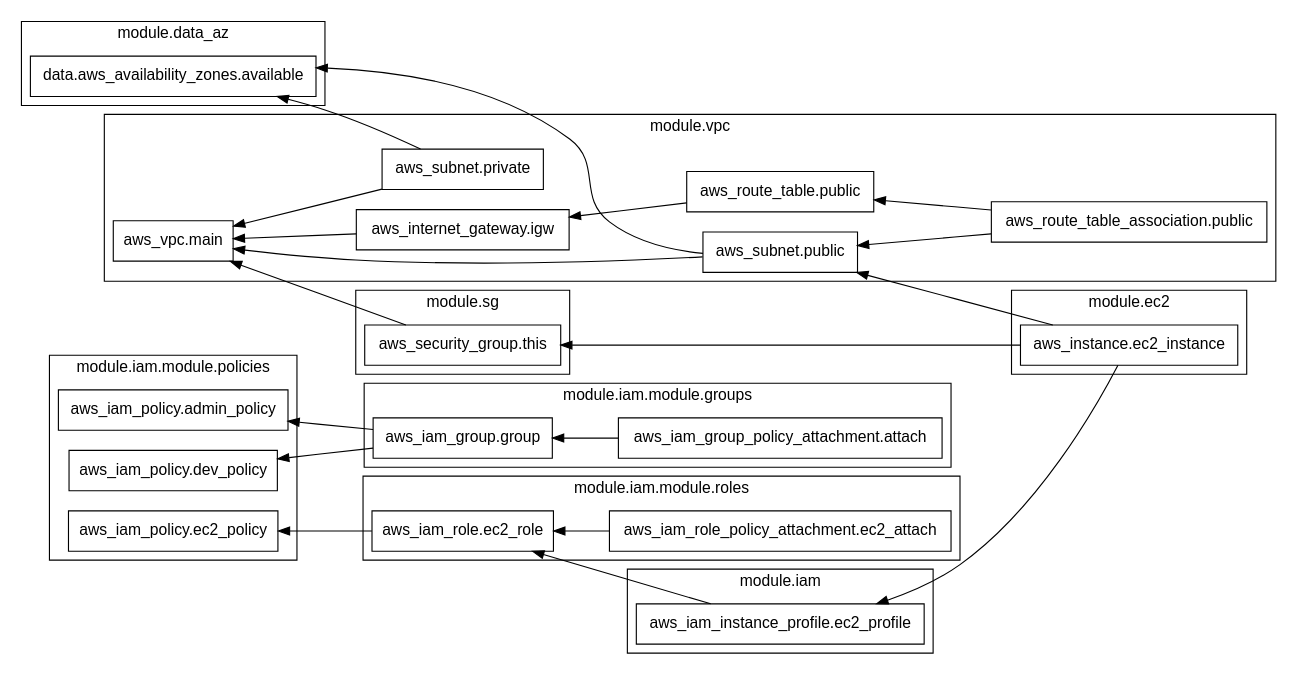
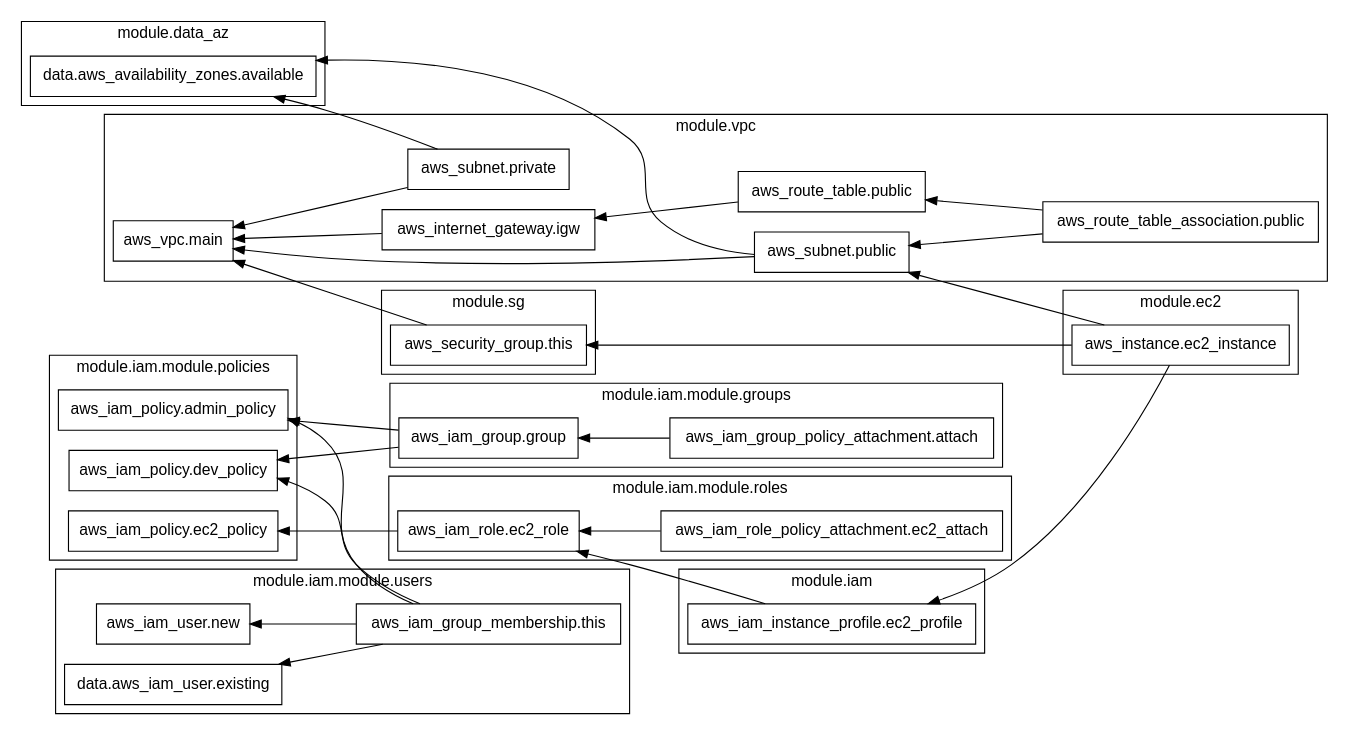
The diagram in graph.dot (umarbkh/terraform-cicd), drawn with Graphviz before and after one commit. The commit also changed 9 other files, not shown here.

Commit message:
adding ima/users sub module

```diff
--- a/graph.dot
+++ b/graph.dot
@@ -1,71 +1,82 @@
 digraph G {
   rankdir = "RL";
   node [shape = rect, fontname = "sans-serif"];
   subgraph "cluster_module.data_az" {
     label = "module.data_az"
     fontname = "sans-serif"
     "module.data_az.data.aws_availability_zones.available" [label="data.aws_availability_zones.available"];
   }
   subgraph "cluster_module.ec2" {
     label = "module.ec2"
     fontname = "sans-serif"
     "module.ec2.aws_instance.ec2_instance" [label="aws_instance.ec2_instance"];
   }
   subgraph "cluster_module.iam" {
     label = "module.iam"
     fontname = "sans-serif"
     "module.iam.aws_iam_instance_profile.ec2_profile" [label="aws_iam_instance_profile.ec2_profile"];
   }
   subgraph "cluster_module.iam.module.groups" {
     label = "module.iam.module.groups"
     fontname = "sans-serif"
     "module.iam.module.groups.aws_iam_group.group" [label="aws_iam_group.group"];
     "module.iam.module.groups.aws_iam_group_policy_attachment.attach" [label="aws_iam_group_policy_attachment.attach"];
   }
   subgraph "cluster_module.iam.module.policies" {
     label = "module.iam.module.policies"
     fontname = "sans-serif"
     "module.iam.module.policies.aws_iam_policy.admin_policy" [label="aws_iam_policy.admin_policy"];
     "module.iam.module.policies.aws_iam_policy.dev_policy" [label="aws_iam_policy.dev_policy"];
     "module.iam.module.policies.aws_iam_policy.ec2_policy" [label="aws_iam_policy.ec2_policy"];
   }
   subgraph "cluster_module.iam.module.roles" {
     label = "module.iam.module.roles"
     fontname = "sans-serif"
     "module.iam.module.roles.aws_iam_role.ec2_role" [label="aws_iam_role.ec2_role"];
     "module.iam.module.roles.aws_iam_role_policy_attachment.ec2_attach" [label="aws_iam_role_policy_attachment.ec2_attach"];
   }
+  subgraph "cluster_module.iam.module.users" {
+    label = "module.iam.module.users"
+    fontname = "sans-serif"
+    "module.iam.module.users.data.aws_iam_user.existing" [label="data.aws_iam_user.existing"];
+    "module.iam.module.users.aws_iam_group_membership.this" [label="aws_iam_group_membership.this"];
+    "module.iam.module.users.aws_iam_user.new" [label="aws_iam_user.new"];
+  }
   subgraph "cluster_module.sg" {
     label = "module.sg"
     fontname = "sans-serif"
     "module.sg.aws_security_group.this" [label="aws_security_group.this"];
   }
   subgraph "cluster_module.vpc" {
     label = "module.vpc"
     fontname = "sans-serif"
     "module.vpc.aws_internet_gateway.igw" [label="aws_internet_gateway.igw"];
     "module.vpc.aws_route_table.public" [label="aws_route_table.public"];
     "module.vpc.aws_route_table_association.public" [label="aws_route_table_association.public"];
     "module.vpc.aws_subnet.private" [label="aws_subnet.private"];
     "module.vpc.aws_subnet.public" [label="aws_subnet.public"];
     "module.vpc.aws_vpc.main" [label="aws_vpc.main"];
   }
   "module.ec2.aws_instance.ec2_instance" -> "module.iam.aws_iam_instance_profile.ec2_profile";
   "module.ec2.aws_instance.ec2_instance" -> "module.sg.aws_security_group.this";
   "module.ec2.aws_instance.ec2_instance" -> "module.vpc.aws_subnet.public";
   "module.iam.aws_iam_instance_profile.ec2_profile" -> "module.iam.module.roles.aws_iam_role.ec2_role";
   "module.iam.module.groups.aws_iam_group.group" -> "module.iam.module.policies.aws_iam_policy.admin_policy";
   "module.iam.module.groups.aws_iam_group.group" -> "module.iam.module.policies.aws_iam_policy.dev_policy";
   "module.iam.module.groups.aws_iam_group_policy_attachment.attach" -> "module.iam.module.groups.aws_iam_group.group";
   "module.iam.module.roles.aws_iam_role.ec2_role" -> "module.iam.module.policies.aws_iam_policy.ec2_policy";
   "module.iam.module.roles.aws_iam_role_policy_attachment.ec2_attach" -> "module.iam.module.roles.aws_iam_role.ec2_role";
+  "module.iam.module.users.aws_iam_group_membership.this" -> "module.iam.module.policies.aws_iam_policy.admin_policy";
+  "module.iam.module.users.aws_iam_group_membership.this" -> "module.iam.module.policies.aws_iam_policy.dev_policy";
+  "module.iam.module.users.aws_iam_group_membership.this" -> "module.iam.module.users.data.aws_iam_user.existing";
+  "module.iam.module.users.aws_iam_group_membership.this" -> "module.iam.module.users.aws_iam_user.new";
   "module.sg.aws_security_group.this" -> "module.vpc.aws_vpc.main";
   "module.vpc.aws_internet_gateway.igw" -> "module.vpc.aws_vpc.main";
   "module.vpc.aws_route_table.public" -> "module.vpc.aws_internet_gateway.igw";
   "module.vpc.aws_route_table_association.public" -> "module.vpc.aws_route_table.public";
   "module.vpc.aws_route_table_association.public" -> "module.vpc.aws_subnet.public";
   "module.vpc.aws_subnet.private" -> "module.data_az.data.aws_availability_zones.available";
   "module.vpc.aws_subnet.private" -> "module.vpc.aws_vpc.main";
   "module.vpc.aws_subnet.public" -> "module.data_az.data.aws_availability_zones.available";
   "module.vpc.aws_subnet.public" -> "module.vpc.aws_vpc.main";
 }
```
